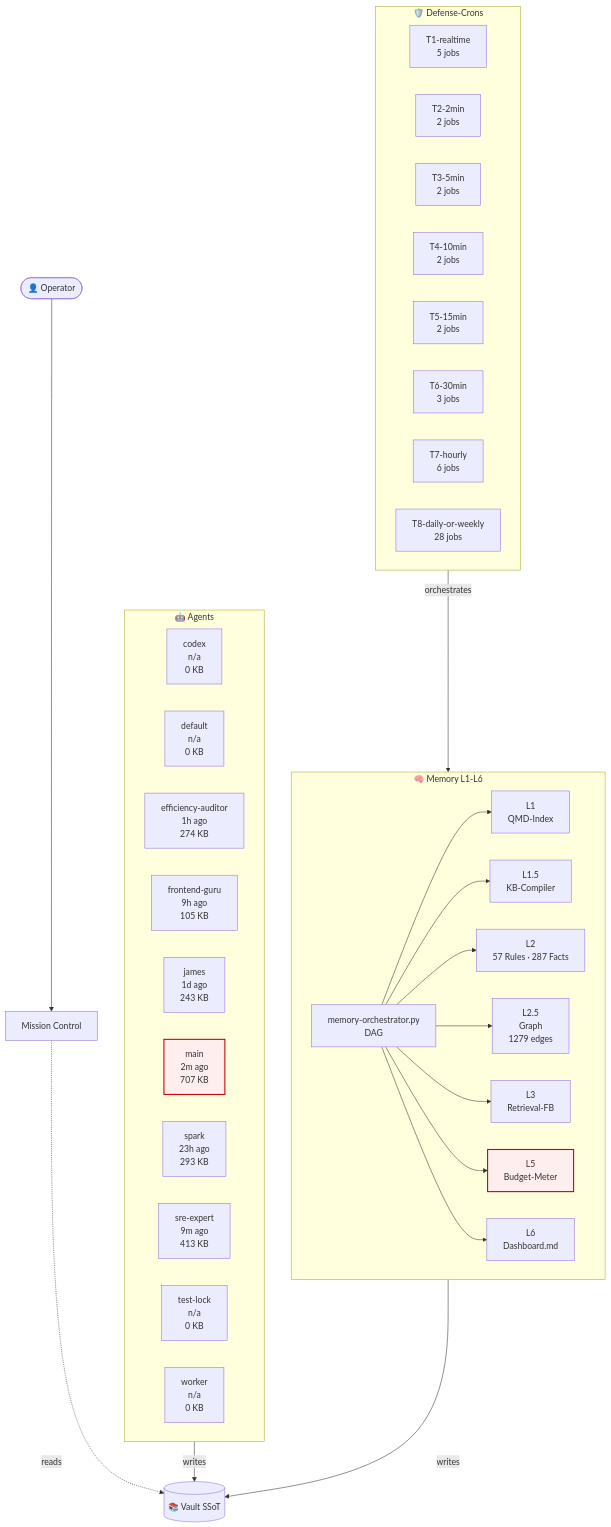
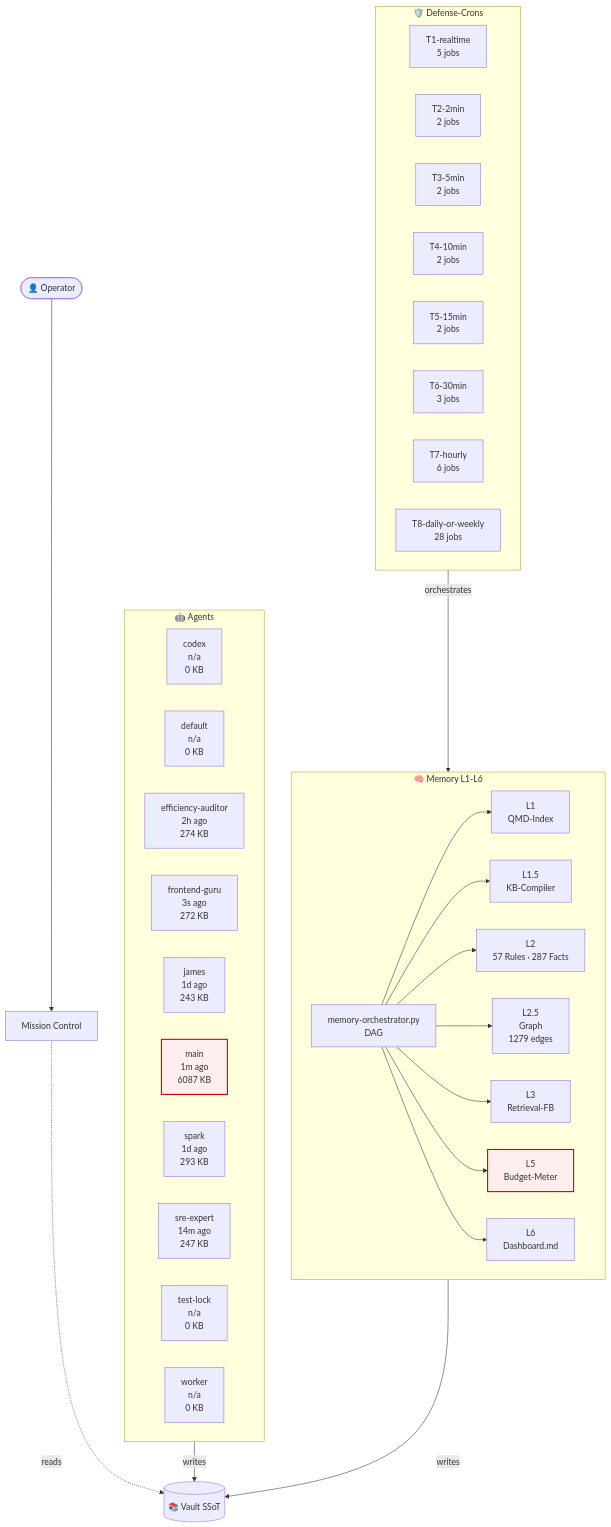
The diagram in 03-Agents/architecture-live.md (lenardhuebner88-rgb/openclaw-memory), drawn with Mermaid before and after one commit. The commit also changed other lines of this file and 7 other files, not shown here.

````diff
--- a/03-Agents/architecture-live.md
+++ b/03-Agents/architecture-live.md
@@ -18,53 +18,53 @@
 ```mermaid
 flowchart TB
     classDef critical fill:#fee,stroke:#c00,stroke-width:2px;
     subgraph AGT["🤖 Agents"]
         agent_codex["codex<br/>n/a<br/>0 KB"]
         agent_default["default<br/>n/a<br/>0 KB"]
-        agent_efficiency_auditor["efficiency-auditor<br/>1h ago<br/>274 KB"]
-        agent_frontend_guru["frontend-guru<br/>9h ago<br/>105 KB"]
+        agent_efficiency_auditor["efficiency-auditor<br/>2h ago<br/>274 KB"]
+        agent_frontend_guru["frontend-guru<br/>3s ago<br/>272 KB"]
         agent_james["james<br/>1d ago<br/>243 KB"]
-        agent_main["main<br/>2m ago<br/>707 KB"]
-        agent_spark["spark<br/>23h ago<br/>293 KB"]
-        agent_sre_expert["sre-expert<br/>9m ago<br/>413 KB"]
+        agent_main["main<br/>1m ago<br/>6087 KB"]
+        agent_spark["spark<br/>1d ago<br/>293 KB"]
+        agent_sre_expert["sre-expert<br/>14m ago<br/>247 KB"]
         agent_test_lock["test-lock<br/>n/a<br/>0 KB"]
         agent_worker["worker<br/>n/a<br/>0 KB"]
     end
     subgraph MEM["🧠 Memory L1-L6"]
         L1["L1<br/>QMD-Index"]
         L15["L1.5<br/>KB-Compiler"]
         L2["L2<br/>57 Rules · 287 Facts"]
         L25["L2.5<br/>Graph<br/>1279 edges"]
         L3["L3<br/>Retrieval-FB"]
         L5["L5<br/>Budget-Meter"]
         L6["L6<br/>Dashboard.md"]
         ORCH["memory-orchestrator.py<br/>DAG"]
     end
     subgraph CRN["🛡️ Defense-Crons"]
         tier_T1_realtime["T1-realtime<br/>5 jobs"]
         tier_T2_2min["T2-2min<br/>2 jobs"]
         tier_T3_5min["T3-5min<br/>2 jobs"]
         tier_T4_10min["T4-10min<br/>2 jobs"]
         tier_T5_15min["T5-15min<br/>2 jobs"]
         tier_T6_30min["T6-30min<br/>3 jobs"]
         tier_T7_hourly["T7-hourly<br/>6 jobs"]
         tier_T8_daily_or_weekly["T8-daily-or-weekly<br/>28 jobs"]
     end
     VAULT[("📚 Vault SSoT")]
     OP([👤 Operator])
     MC["Mission Control"]
     OP --> MC
     MC -.reads.-> VAULT
     AGT -->|writes| VAULT
     MEM -->|writes| VAULT
     ORCH --> L1
     ORCH --> L15
     ORCH --> L2
     ORCH --> L25
     ORCH --> L3
     ORCH --> L5
     ORCH --> L6
     CRN -->|orchestrates| MEM
     class L5 critical
     class agent_main critical
 ```
````
